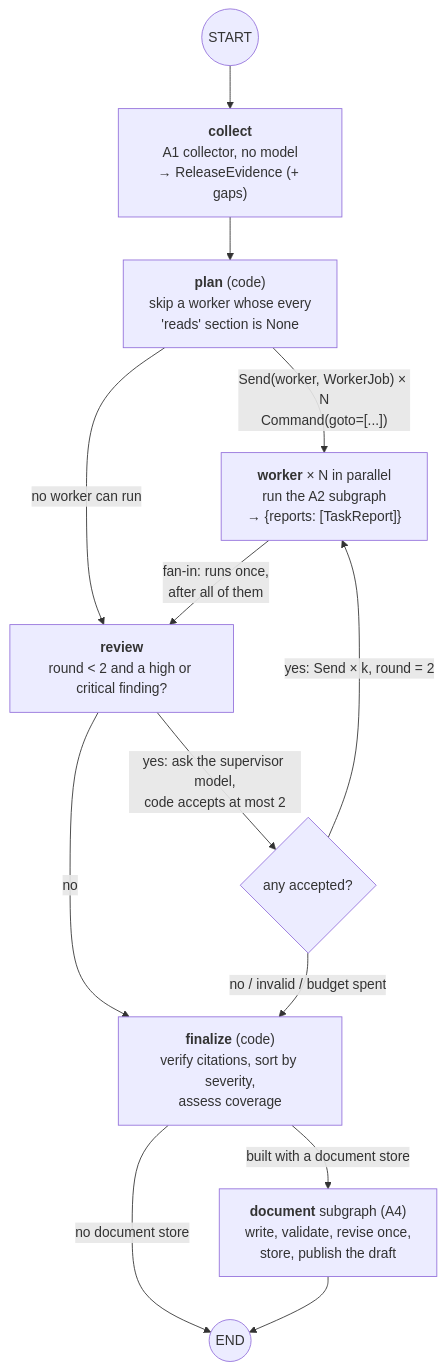
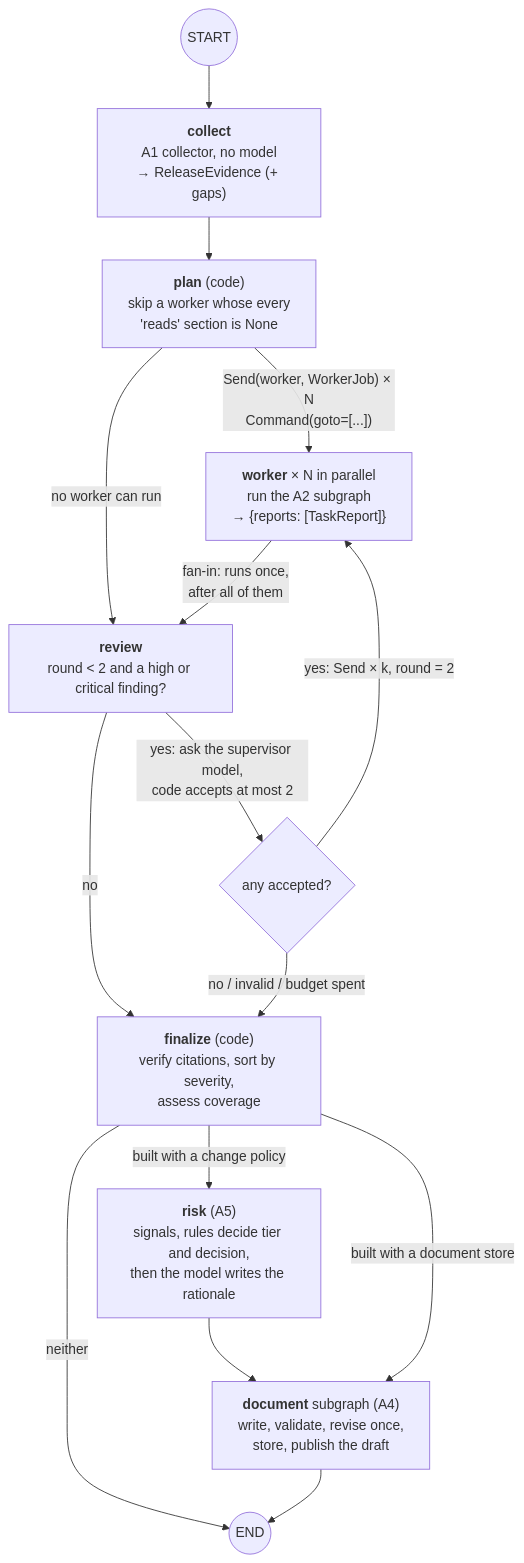
One commit to Aman-desta/release-copilot changed the third of 12 diagrams in docs/execution-model.md. Above: the diagram before and after it, drawn with Mermaid. The commit also changed other lines of this file and 15 other files, not shown here.

Commit message:
policy as code plus LLM rationale

````diff
--- a/docs/execution-model.md
+++ b/docs/execution-model.md
@@ -105,15 +105,17 @@
 ```mermaid
 flowchart TD
     S((START)) --> collect["<b>collect</b><br/>A1 collector, no model<br/>→ ReleaseEvidence (+ gaps)"]
     collect --> plan["<b>plan</b> (code)<br/>skip a worker whose every<br/>'reads' section is None"]
     plan -- "Send(worker, WorkerJob) × N<br/>Command(goto=[...])" --> worker["<b>worker</b> × N in parallel<br/>run the A2 subgraph<br/>→ {reports: [TaskReport]}"]
     plan -- "no worker can run" --> review
     worker -- "fan-in: runs once,<br/>after all of them" --> review["<b>review</b><br/>round < 2 and a high or critical finding?"]
     review -- "no" --> finalize
     review -- "yes: ask the supervisor model,<br/>code accepts at most 2" --> fu{"any accepted?"}
     fu -- "yes: Send × k, round = 2" --> worker
     fu -- "no / invalid / budget spent" --> finalize["<b>finalize</b> (code)<br/>verify citations, sort by severity,<br/>assess coverage"]
+    finalize -- "built with a change policy" --> risk["<b>risk</b> (A5)<br/>signals, rules decide tier and decision,<br/>then the model writes the rationale"]
+    risk --> document
     finalize -- "built with a document store" --> document["<b>document</b> subgraph (A4)<br/>write, validate, revise once,<br/>store, publish the draft"]
-    finalize -- "no document store" --> E((END))
+    finalize -- "neither" --> E((END))
     document --> E
 ```
````
